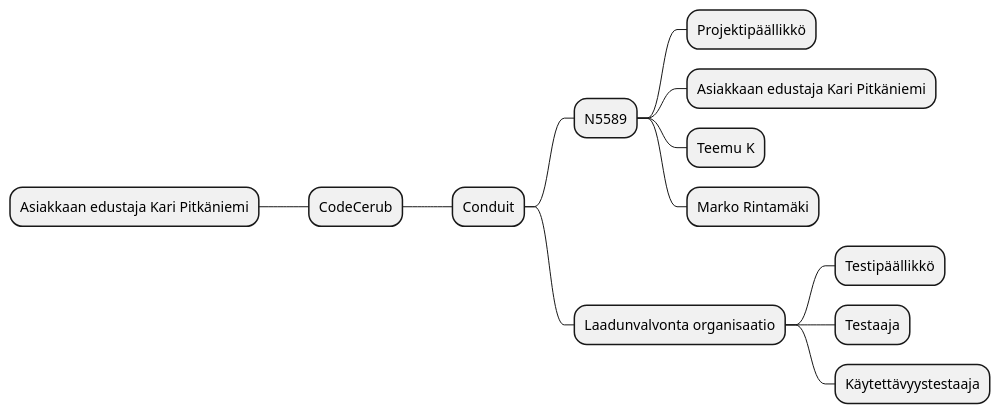
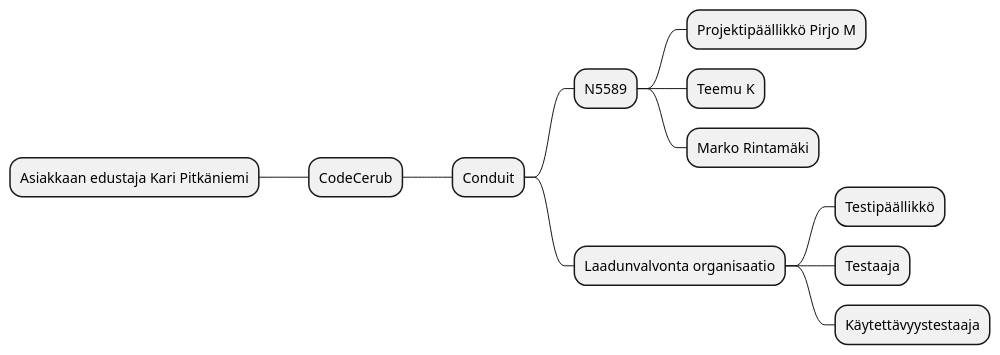
The first of 2 diagrams in dokumentit/10-Projektihallinta/projektisuunnitelma.md (Pipe80/Projekti-ja-k-yt-neteet-kurssi), drawn with PlantUML before and after one commit.

````diff
--- a/dokumentit/10-Projektihallinta/projektisuunnitelma.md
+++ b/dokumentit/10-Projektihallinta/projektisuunnitelma.md
@@ -66,16 +66,15 @@
 ```plantuml
 @startmindmap
 + Conduit
 ++ N5589
-+++ Projektipäällikkö
-+++ Asiakkaan edustaja Kari Pitkäniemi
++++ Projektipäällikkö Pirjo M
 +++ Teemu K
 +++  Marko Rintamäki
 -- CodeCerub
 --- Asiakkaan edustaja Kari Pitkäniemi
 ++ Laadunvalvonta organisaatio
 +++ Testipäällikkö
 +++ Testaaja
 +++ Käytettävyystestaaja
 @endmindmap
 ```
````
